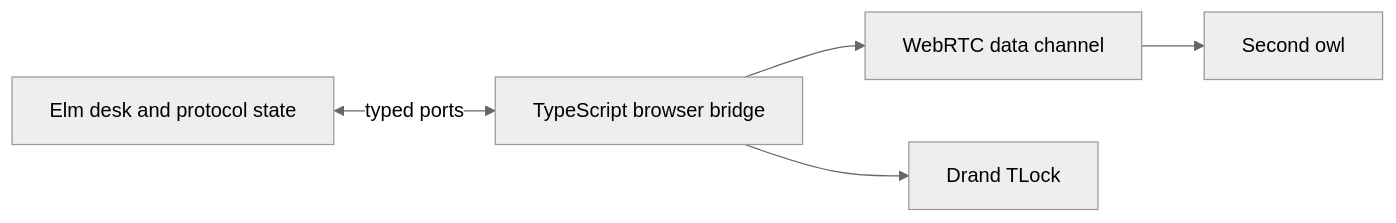
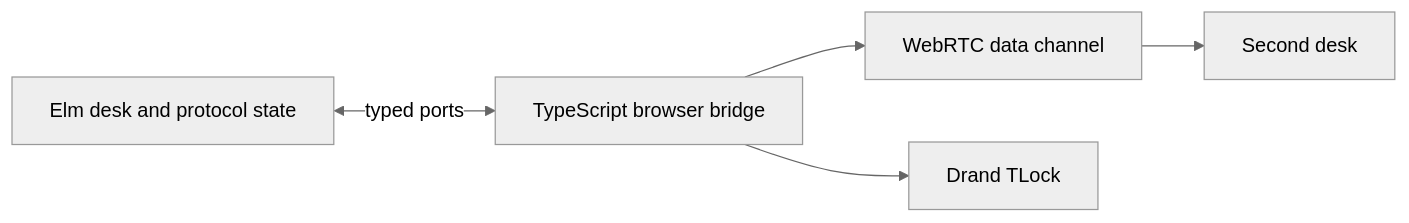
One commit to freddie-freeloader/hedwig changed the diagram in README.md. Above: the diagram before and after it, drawn with Mermaid (neutral theme). The commit also changed other lines of this file and 14 other files, not shown here.

````diff
--- a/README.md
+++ b/README.md
@@ -49,13 +54,13 @@
 ```mermaid
 flowchart LR
   elm[Elm desk and protocol state]
   bridge[TypeScript browser bridge]
   rtc[WebRTC data channel]
   drand[Drand TLock]
-  peer[Second owl]
+  peer[Second desk]
 
   elm <-->|typed ports| bridge
   bridge --> rtc
   rtc --> peer
   bridge --> drand
 ```
````
